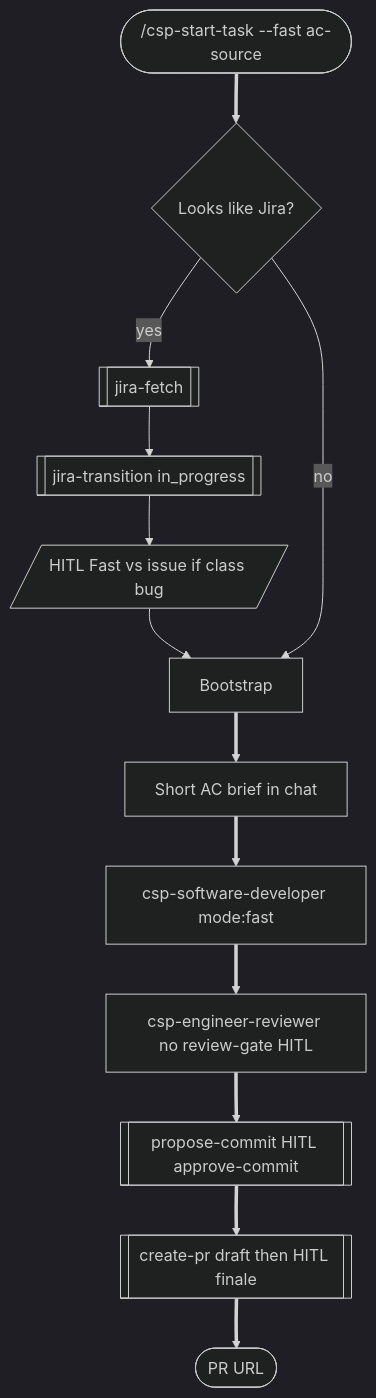
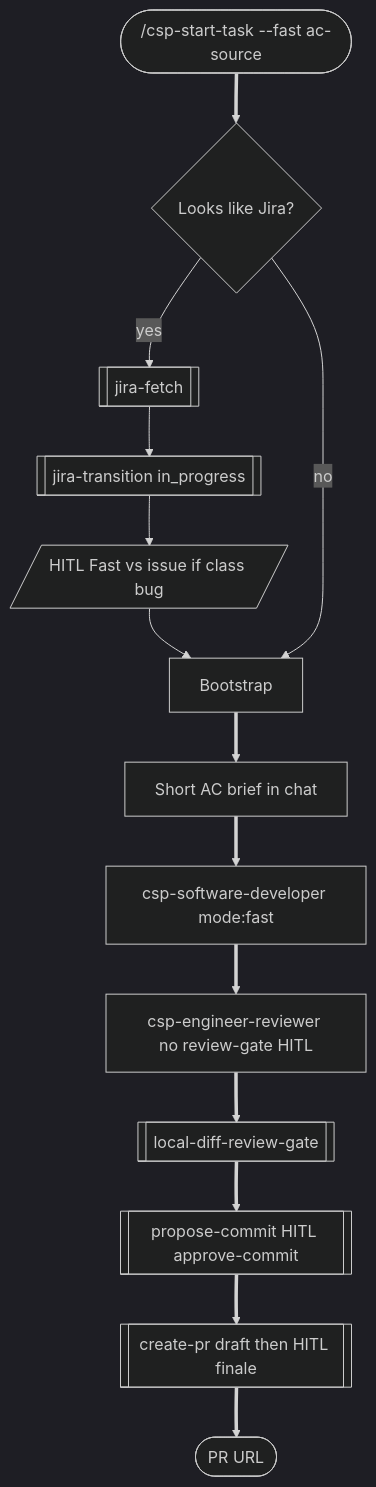
Diagram 12 of 14 in docs/superpowers/pipeline-flow.md (a-trembak/cursor-spells), drawn with Mermaid (dark theme) before and after one commit. The commit also changed other lines of this file and 14 other files, not shown here.

First line of the commit message:
feat(engineer-review): add local-diff-review-gate before propose-commit

````diff
--- a/docs/superpowers/pipeline-flow.md
+++ b/docs/superpowers/pipeline-flow.md
@@ -563,20 +578,21 @@
 ```mermaid
 flowchart TD
   startFast(["/csp-start-task --fast ac-source"])
   looksJira{Looks like Jira?}
   fetch[["jira-fetch"]]
   inProgress[["jira-transition in_progress"]]
   fastVsIssue[/"HITL Fast vs issue if class bug"/]
   boot["Bootstrap"]
   brief["Short AC brief in chat"]
   exec["csp-software-developer mode:fast"]
   review["csp-engineer-reviewer no review-gate HITL"]
+  localDiff[["local-diff-review-gate"]]
   commitNode[["propose-commit HITL approve-commit"]]
   prNode[["create-pr draft then HITL finale"]]
   doneFast(["PR URL"])
 
   startFast ==> looksJira
   looksJira -->|"yes"| fetch --> inProgress --> fastVsIssue --> boot
   looksJira -->|"no"| boot
-  boot ==> brief ==> exec ==> review ==> commitNode ==> prNode ==> doneFast
+  boot ==> brief ==> exec ==> review ==> localDiff ==> commitNode ==> prNode ==> doneFast
 ```
````
